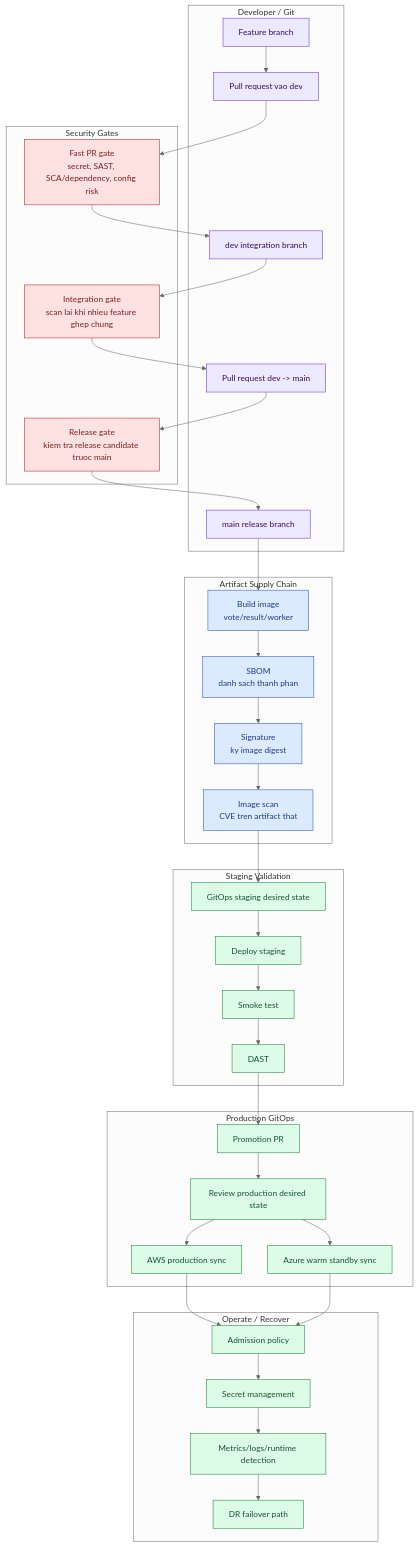
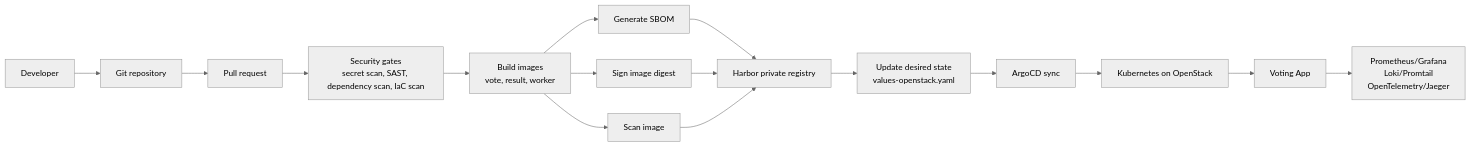
One commit to erotonin/openstack-devsecops-voting changed the diagram in docs/devsecops-pipeline-diagram.md. Above: the diagram before and after it, drawn with Mermaid (neutral theme). The commit also changed other lines of this file and 143 other files, not shown here.

Commit message:
refactor: move voting app to openstack

````diff
--- a/docs/devsecops-pipeline-diagram.md
+++ b/docs/devsecops-pipeline-diagram.md
@@ -82,66 +3,18 @@
 ```mermaid
-flowchart TB
-  subgraph L1["Developer / Git"]
-    A1["Feature branch"]
-    A2["Pull request vao dev"]
-    A3["dev integration branch"]
-    A4["Pull request dev -> main"]
-    A5["main release branch"]
-  end
-
-  subgraph L2["Security Gates"]
-    B1["Fast PR gate<br/>secret, SAST, SCA/dependency, config risk"]
-    B2["Integration gate<br/>scan lai khi nhieu feature ghep chung"]
-    B3["Release gate<br/>kiem tra release candidate truoc main"]
-  end
-
-  subgraph L3["Artifact Supply Chain"]
-    C1["Build image<br/>vote/result/worker"]
-    C2["SBOM<br/>danh sach thanh phan"]
-    C3["Signature<br/>ky image digest"]
-    C4["Image scan<br/>CVE tren artifact that"]
-  end
-
-  subgraph L4["Staging Validation"]
-    D1["GitOps staging desired state"]
-    D2["Deploy staging"]
-    D3["Smoke test"]
-    D4["DAST"]
-  end
-
-  subgraph L5["Production GitOps"]
-    E1["Promotion PR"]
-    E2["Review production desired state"]
-    E3["AWS production sync"]
-    E4["Azure warm standby sync"]
-  end
-
-  subgraph L6["Operate / Recover"]
-    F1["Admission policy"]
-    F2["Secret management"]
-    F3["Metrics/logs/runtime detection"]
-    F4["DR failover path"]
-  end
-
-  A1 --> A2 --> B1
-  B1 --> A3
-  A3 --> B2 --> A4 --> B3 --> A5
-  A5 --> C1 --> C2 --> C3 --> C4
-  C4 --> D1 --> D2 --> D3 --> D4
-  D4 --> E1 --> E2
-  E2 --> E3
-  E2 --> E4
-  E3 --> F1 --> F2 --> F3 --> F4
-  E4 --> F1
-
-  classDef lane fill:#f8fafc,stroke:#64748b,stroke-width:1px,color:#0f172a;
-  classDef security fill:#fee2e2,stroke:#b91c1c,color:#7f1d1d;
-  classDef artifact fill:#dbeafe,stroke:#1d4ed8,color:#1e3a8a;
-  classDef deploy fill:#dcfce7,stroke:#15803d,color:#14532d;
-  classDef git fill:#ede9fe,stroke:#6d28d9,color:#3b0764;
-
-  class A1,A2,A3,A4,A5 git;
-  class B1,B2,B3 security;
-  class C1,C2,C3,C4 artifact;
-  class D1,D2,D3,D4,E1,E2,E3,E4,F1,F2,F3,F4 deploy;
+flowchart LR
+  Dev["Developer"] --> Repo["Git repository"]
+  Repo --> PR["Pull request"]
+  PR --> Gates["Security gates<br/>secret scan, SAST, dependency scan, IaC scan"]
+  Gates --> Build["Build images<br/>vote, result, worker"]
+  Build --> SBOM["Generate SBOM"]
+  Build --> Sign["Sign image digest"]
+  Build --> Scan["Scan image"]
+  SBOM --> Registry["Harbor private registry"]
+  Sign --> Registry
+  Scan --> Registry
+  Registry --> GitOps["Update desired state<br/>values-openstack.yaml"]
+  GitOps --> Argo["ArgoCD sync"]
+  Argo --> K8s["Kubernetes on OpenStack"]
+  K8s --> App["Voting App"]
+  App --> Obs["Prometheus/Grafana<br/>Loki/Promtail<br/>OpenTelemetry/Jaeger"]
 ```
````
